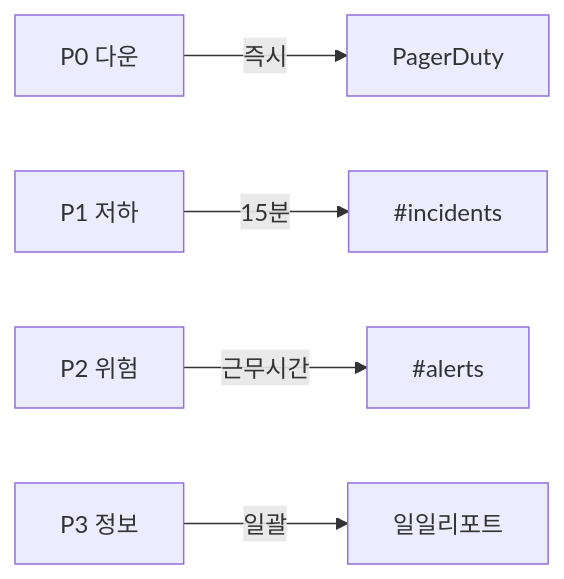
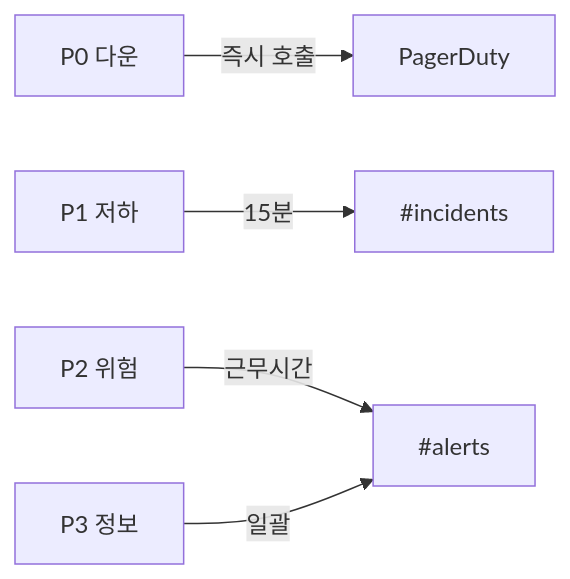
One commit to yjkim2015/yjkim2015.github.io changed the sixth of 8 diagrams in _posts/monitoring/2026-05-03-sre-golden-signals.md. Above: the diagram before and after it, drawn with Mermaid. The commit also changed other lines of this file and 245 other files, not shown here.

First line of the commit message:
Mermaid 다이어그램 전면 수정 + 면접 포인트 접기/펼치기 + DB 데드락 페이지

````diff
--- a/_posts/monitoring/2026-05-03-sre-golden-signals.md
+++ b/_posts/monitoring/2026-05-03-sre-golden-signals.md
@@ -360,7 +360,7 @@
 ```mermaid
 graph LR
-    P0["P0 다운"] -->|즉시| PG["PagerDuty"]
+    P0["P0 다운"] -->|즉시 호출| PG["PagerDuty"]
     P1["P1 저하"] -->|15분| IC["#incidents"]
     P2["P2 위험"] -->|근무시간| AL["#alerts"]
-    P3["P3 정보"] -->|일괄| IN["일일리포트"]
+    P3["P3 정보"] -->|일괄| AL
 ```
````
